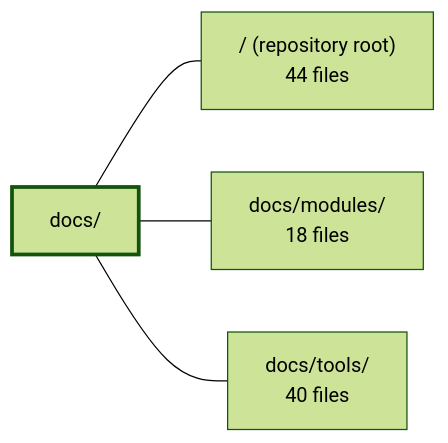
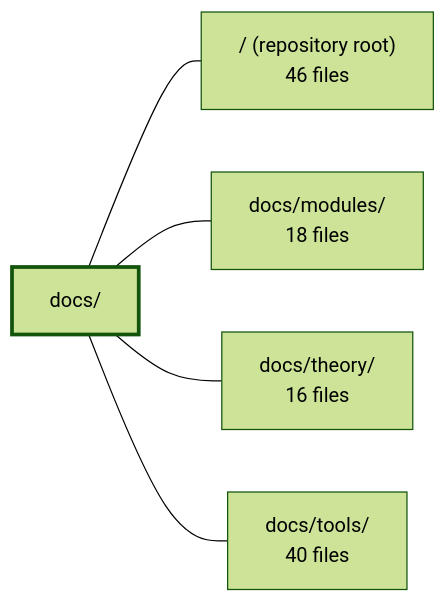
The diagram in .2repo/modules/boilerplate-node-backend_docs.md (Guebbit/boilerplate-node-backend), drawn with Mermaid (forest theme) before and after one commit. The commit also changed other lines of this file and 302 other files, not shown here.

First line of the commit message:
chore(2repo): refresh repo context, wiki, and architecture snapshots

````diff
--- a/.2repo/modules/boilerplate-node-backend_docs.md
+++ b/.2repo/modules/boilerplate-node-backend_docs.md
@@ -38,11 +38,13 @@
 ```mermaid
 flowchart LR
     m_docs["docs/"]
-    m_root["/ (repository root)<br/>44 files"]
+    m_root["/ (repository root)<br/>46 files"]
     m_docs_modules["docs/modules/<br/>18 files"]
+    m_docs_theory["docs/theory/<br/>16 files"]
     m_docs_tools["docs/tools/<br/>40 files"]
     m_docs --- m_root
     m_docs --- m_docs_modules
+    m_docs --- m_docs_theory
     m_docs --- m_docs_tools
     style m_docs stroke-width:3px
 ```
````
